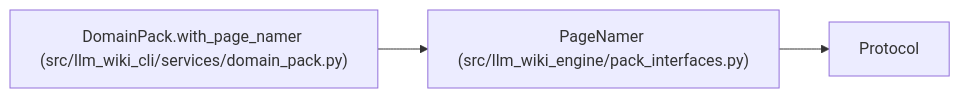
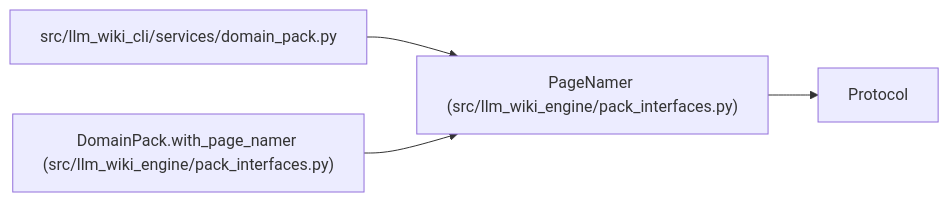
The diagram in docs/llm_wiki/entities/PageNamer.md (Denissvgn/python-wiki-llm), drawn with Mermaid before and after one commit. The commit also changed other lines of this file and 719 other files, not shown here.

Commit message:
docs: refresh the wiki for the engine's own use cases

````diff
--- a/docs/llm_wiki/entities/PageNamer.md
+++ b/docs/llm_wiki/entities/PageNamer.md
@@ -28,10 +28,13 @@
 ```mermaid
 flowchart LR
     n0["PageNamer (src/llm_wiki_engine/pack_interfaces.py)"]
     n1["Protocol"]
-    n2["DomainPack.with_page_namer (src/llm_wiki_cli/services/domain_pack.py)"]
+    n2["src/llm_wiki_cli/services/domain_pack.py"]
+    n3["DomainPack.with_page_namer (src/llm_wiki_engine/pack_interfaces.py)"]
     n0 --> n1
     n2 --> n0
+    n3 --> n0
     click n0 "../modules/pack_interfaces.md"
     click n2 "../modules/domain_pack.md"
+    click n3 "../modules/pack_interfaces.md"
 ```
````
